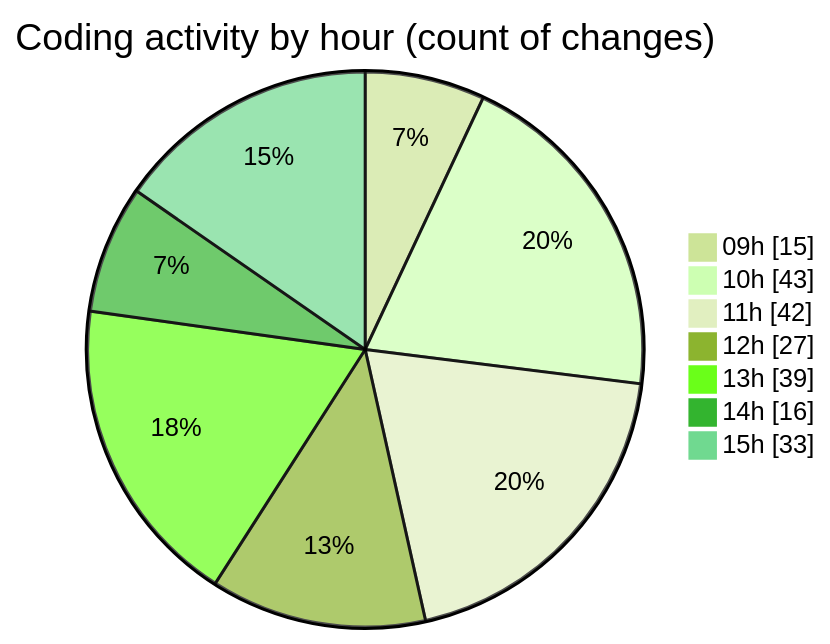
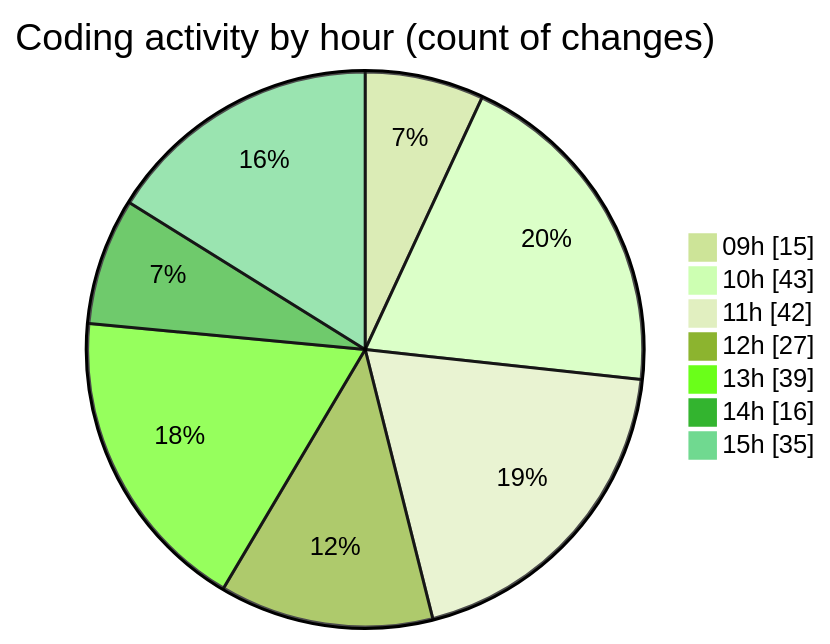
Before and after one commit to momahboobian/code-tracking: the second of 2 diagrams in 2025-09-30/cda/README.md, drawn with Mermaid (forest theme). The commit also changed other lines of this file and 1 other file, not shown here.

````diff
--- a/2025-09-30/cda/README.md
+++ b/2025-09-30/cda/README.md
@@ -33,11 +33,11 @@
 ```mermaid
 pie showData
 title Coding activity by hour (count of changes)
 "09h" : 15
 "10h" : 43
 "11h" : 42
 "12h" : 27
 "13h" : 39
 "14h" : 16
-"15h" : 33
+"15h" : 35
 ```
````
